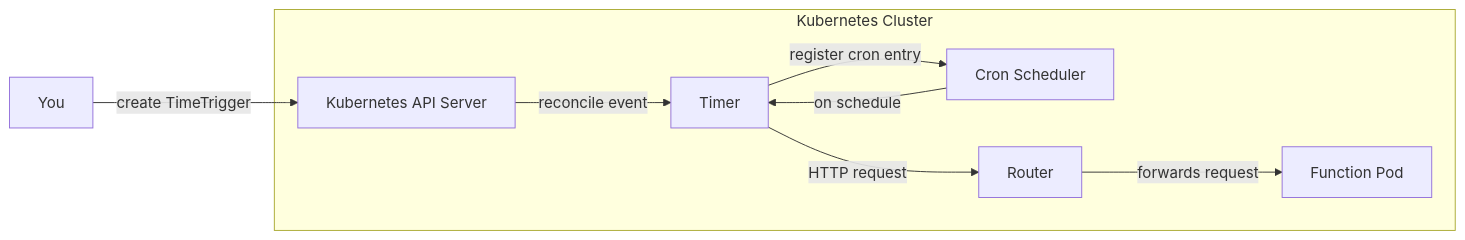
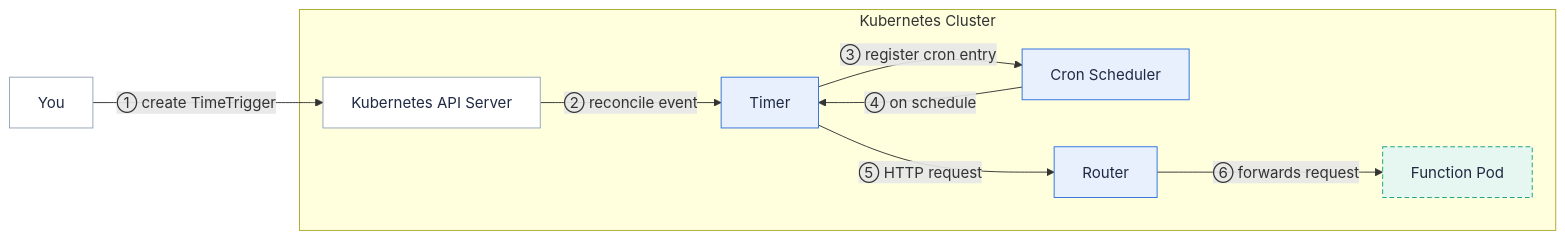
The diagram in content/en/docs/architecture/timer.md (fission/fission.io), drawn with Mermaid before and after one commit. The commit also changed 30 other files, not shown here.

First line of the commit message:
Address PR feedback: zoomable diagrams, multi-color kit, centering, preview links

````diff
--- a/content/en/docs/architecture/timer.md
+++ b/content/en/docs/architecture/timer.md
@@ -20,11 +20,18 @@
 ```mermaid
 flowchart LR
-  user["You"] -->|"create TimeTrigger"| apiserver["Kubernetes API Server"]
+  user["You"] -->|"① create TimeTrigger"| apiserver["Kubernetes API Server"]
   subgraph k8s["Kubernetes Cluster"]
-    apiserver -->|"reconcile event"| timer["Timer"]
-    timer -->|"register cron entry"| cron["Cron Scheduler"]
-    cron -->|"on schedule"| timer
-    timer -->|"HTTP request"| router["Router"]
-    router -->|"forwards request"| fnPod["Function Pod"]
+    apiserver -->|"② reconcile event"| timer["Timer"]
+    timer -->|"③ register cron entry"| cron["Cron Scheduler"]
+    cron -->|"④ on schedule"| timer
+    timer -->|"⑤ HTTP request"| router["Router"]
+    router -->|"⑥ forwards request"| fnPod["Function Pod"]
   end
+
+  class user,apiserver user
+  class timer,cron,router fission
+  class fnPod pod
+  classDef user fill:#ffffff,stroke:#94a3b8,color:#1f2a43
+  classDef fission fill:#e8f0fe,stroke:#2d70de,color:#1f2a43
+  classDef pod fill:#e6f7f1,stroke:#11a37f,color:#1f2a43,stroke-dasharray:5 3
 ```
````
